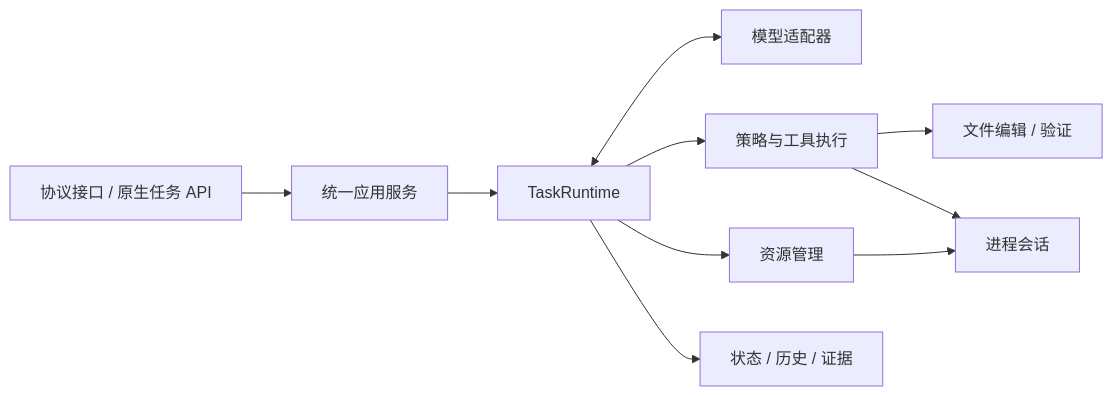
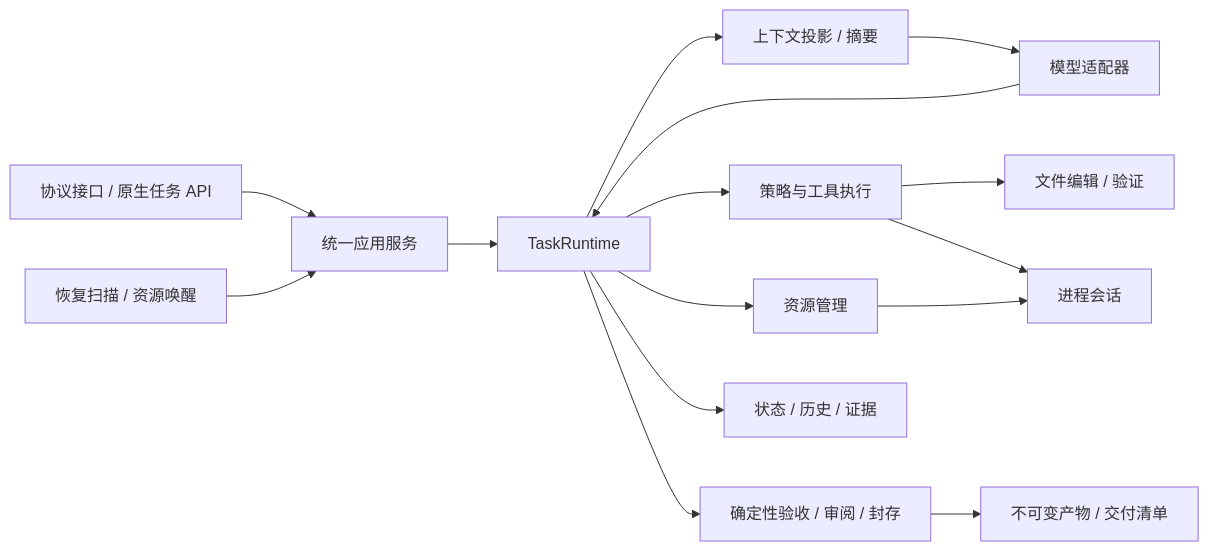
The diagram in README.md (SENewJax/MiniHarness), drawn with Mermaid before and after one commit. The commit also changed other lines of this file and 7 other files, not shown here.

````diff
--- a/README.md
+++ b/README.md
@@ -32,12 +32,17 @@
 ```mermaid
 flowchart LR
     API[协议接口 / 原生任务 API] --> APP[统一应用服务]
     APP --> CORE[TaskRuntime]
-    CORE <--> MODEL[模型适配器]
+    RECOVERY[恢复扫描 / 资源唤醒] --> APP
+    CORE --> CONTEXT[上下文投影 / 摘要]
+    CONTEXT --> MODEL[模型适配器]
+    MODEL --> CORE
     CORE --> TOOLS[策略与工具执行]
     TOOLS --> CODING[文件编辑 / 验证]
     TOOLS --> PROCESS[进程会话]
     CORE --> RESOURCE[资源管理]
     RESOURCE --> PROCESS
+    CORE --> DELIVERY[确定性验收 / 审阅 / 封存]
+    DELIVERY --> ARTIFACTS[不可变产物 / 交付清单]
     CORE --> STORE[状态 / 历史 / 证据]
 ```
````
